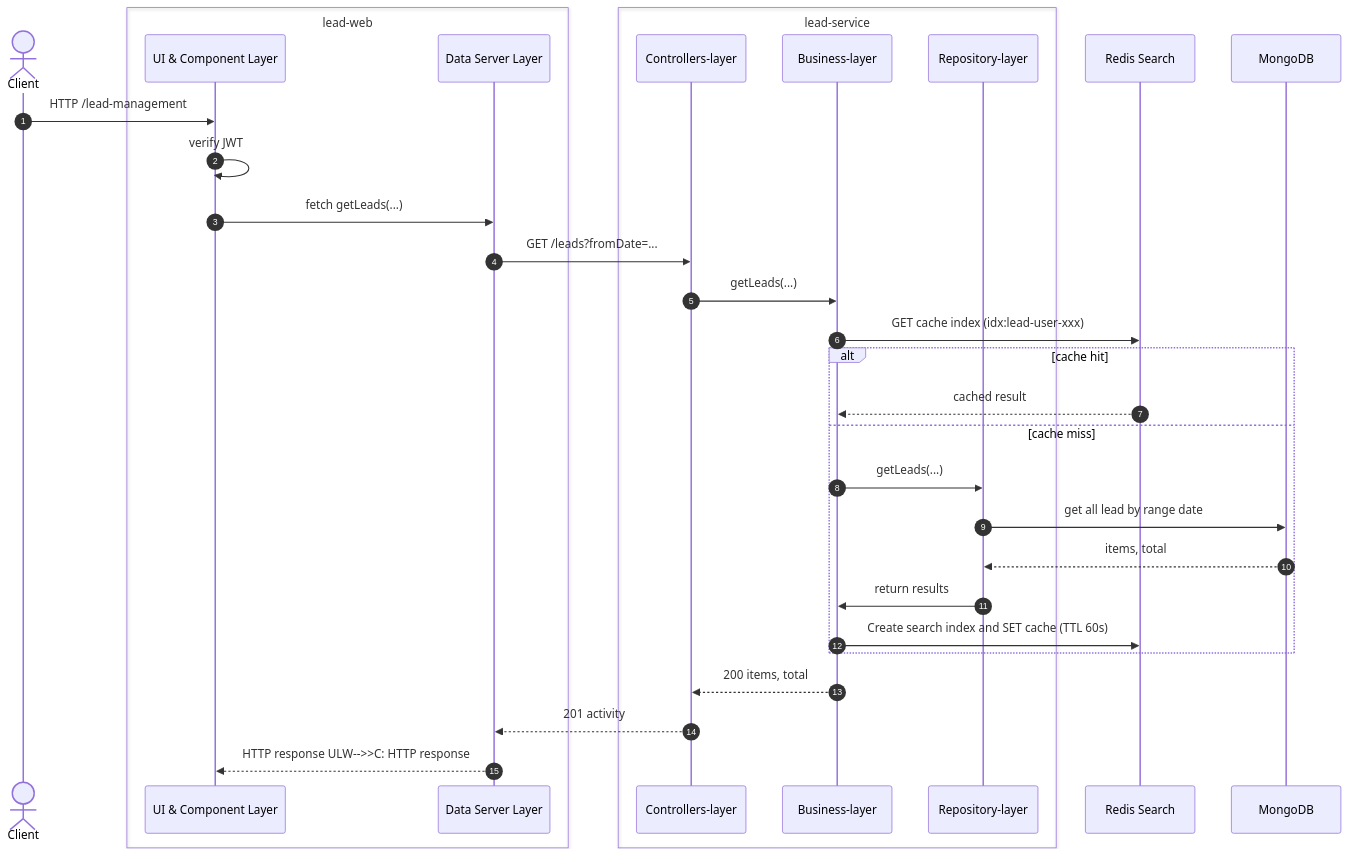
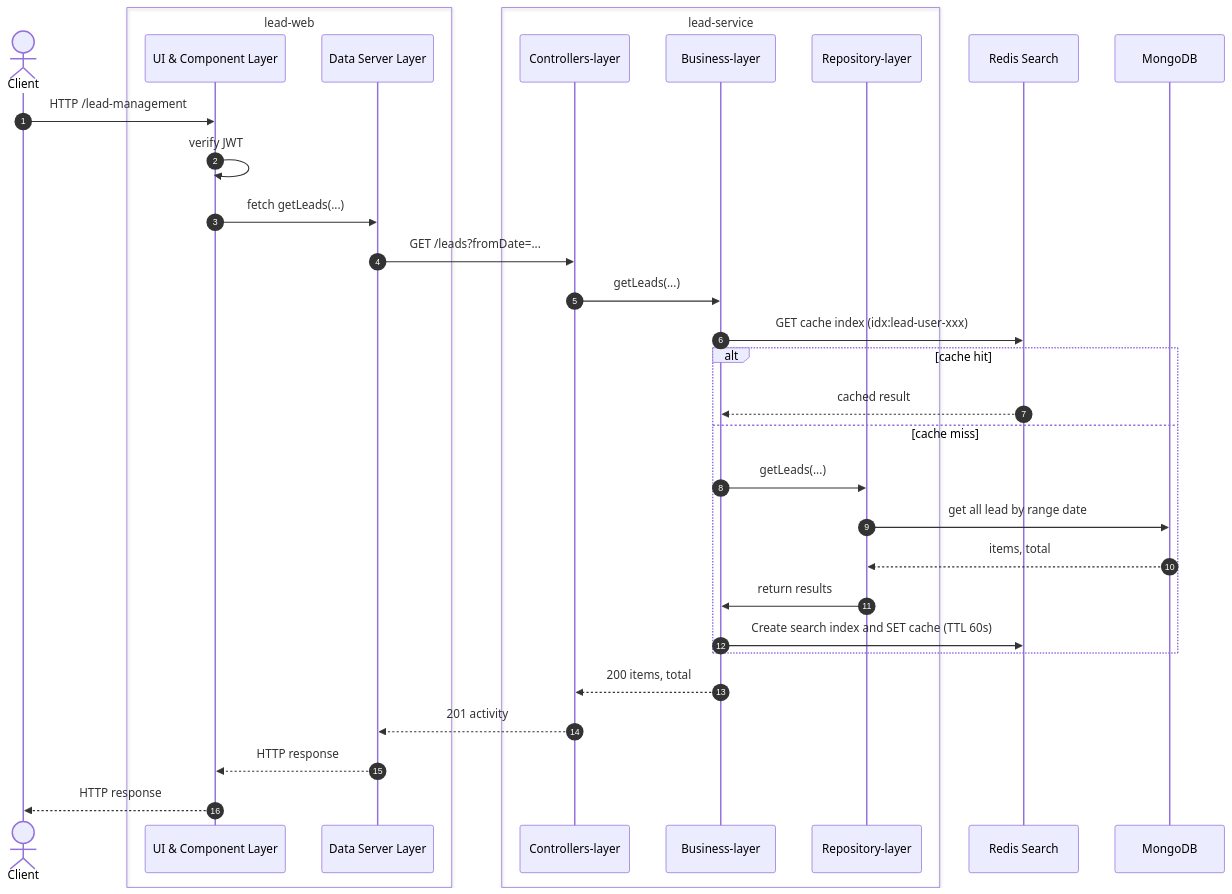
The second of 5 diagrams in docs/system-design-architecture.md (quocthuanth92/lead-management-tool), drawn with Mermaid before and after one commit. The commit also changed other lines of this file and 2 other files, not shown here.

````diff
--- a/docs/system-design-architecture.md
+++ b/docs/system-design-architecture.md
@@ -112,34 +112,35 @@
 ```mermaid  
 sequenceDiagram  
     autonumber
     actor C as Client
     box lead-web
     participant ULW as UI & Component Layer 
     participant DLW as Data Server Layer
     end
     box lead-service
     participant CL as Controllers-layer  
     participant BL as Business-layer
     participant RL as Repository-layer 
     end
     participant R as Redis Search
     participant M as MongoDB  
     C->>ULW: HTTP /lead-management      
     ULW->>ULW: verify JWT
     ULW->>DLW: fetch getLeads(...)
     DLW->>CL: GET /leads?fromDate=...  
     CL->>BL: getLeads(...)  
     BL->>R: GET cache index (idx:lead-user-xxx)
     alt cache hit
         R-->>BL: cached result
     else cache miss
         BL->>RL: getLeads(...)
         RL->>M: get all lead by range date
         M-->>RL: items, total
         RL->>BL: return results
         BL->>R: Create search index and SET cache (TTL 60s)
     end
     BL-->>CL: 200 items, total  
     CL-->>DLW: 201 activity  
-    DLW-->>ULW: HTTP response      ULW-->>C: HTTP response
+    DLW-->>ULW: HTTP response      
+    ULW-->>C: HTTP response
 ```
````
